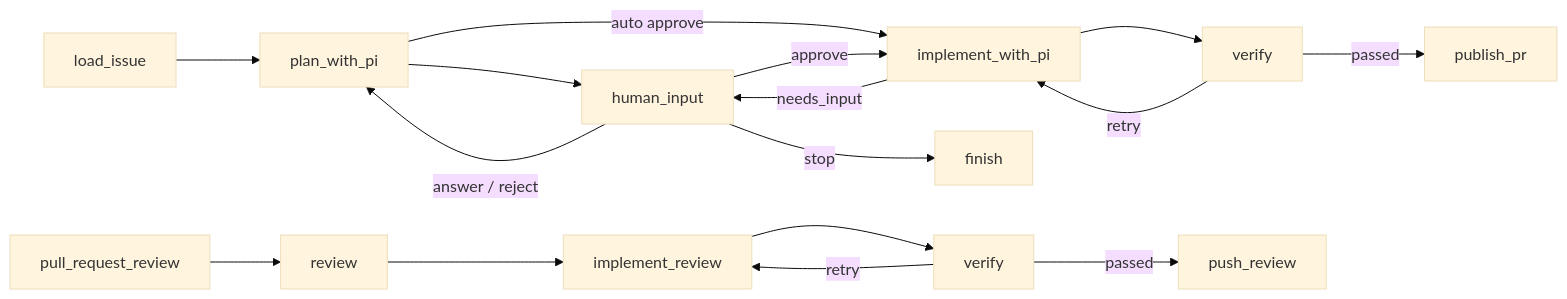
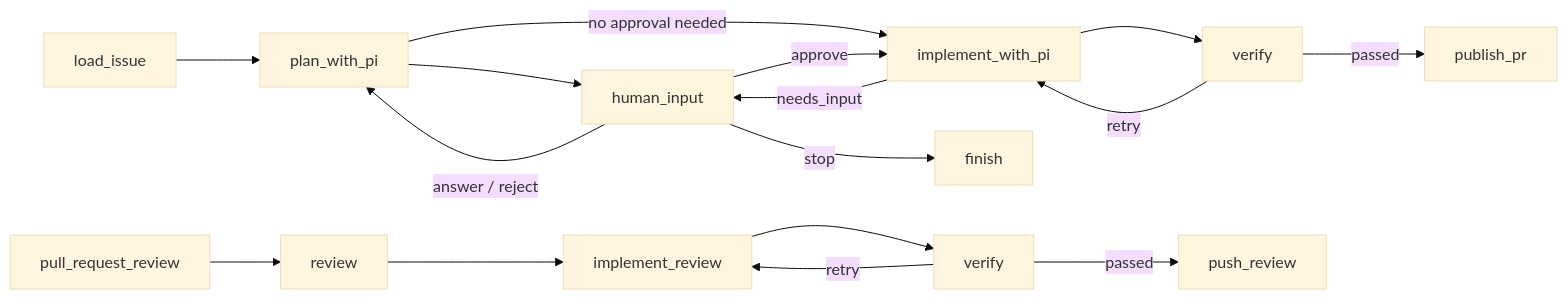
One commit to NetanelRotem/agent-demo-taskboard changed the diagram in coding-agent-graph/README.md. Above: the diagram before and after it, drawn with Mermaid (base theme). The commit also changed other lines of this file and 12 other files, not shown here.

````diff
--- a/coding-agent-graph/README.md
+++ b/coding-agent-graph/README.md
@@ -43,18 +43,18 @@
 ```mermaid
 flowchart LR
     A[load_issue] --> B[plan_with_pi]
     B --> C[human_input]
-    B -->|auto approve| D
+    B -->|no approval needed| D
     C -->|answer / reject| B
     C -->|approve| D[implement_with_pi]
     C -->|stop| F[finish]
     D -->|needs_input| C
     D --> E[verify]
     E -->|retry| D
     E -->|passed| G[publish_pr]
     R[pull_request_review] --> H[review]
     H --> I[implement_review]
     I --> J[verify]
     J -->|retry| I
     J -->|passed| K[push_review]
 ```
````
